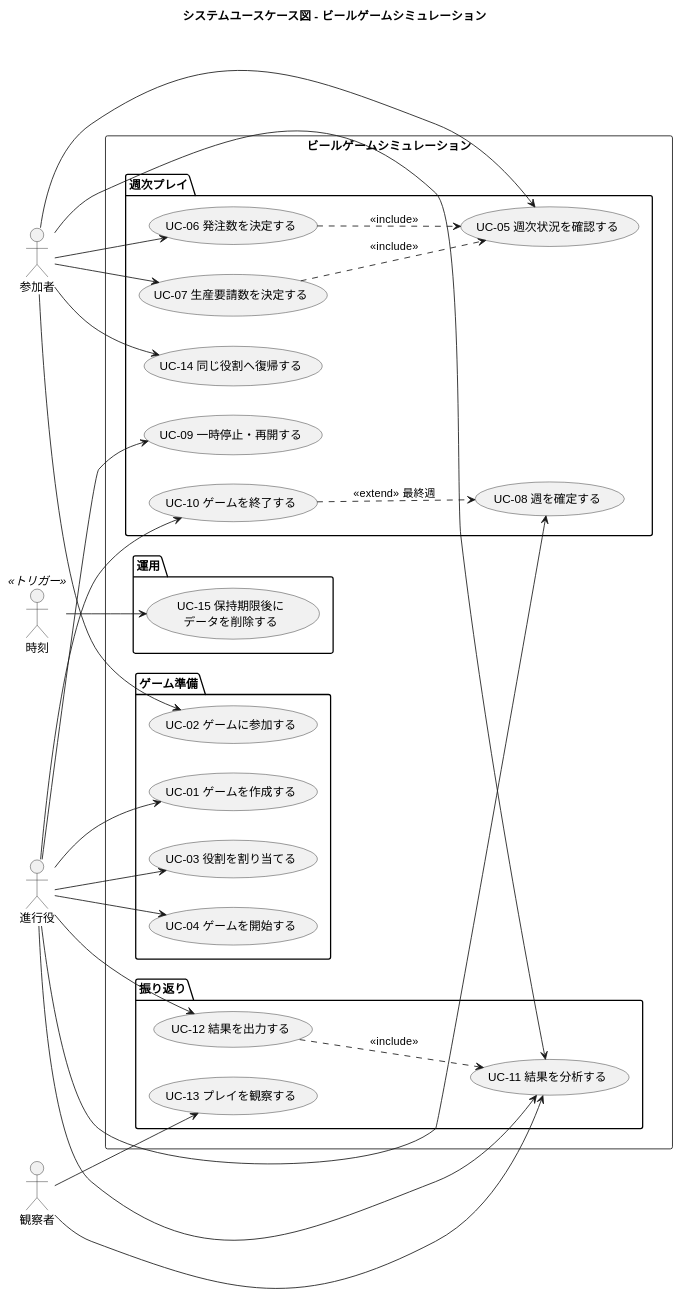
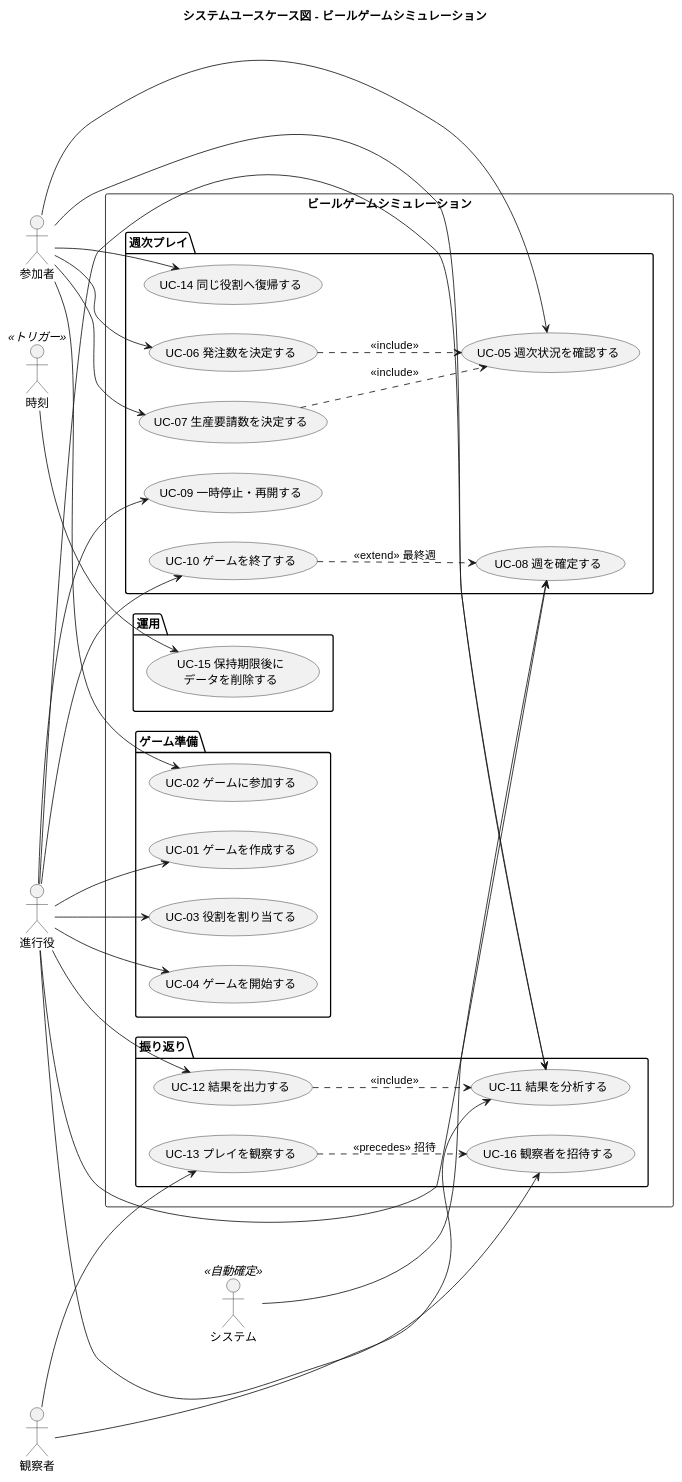
Before and after one commit to k2works/case-study-beer-game-simulation: the diagram in docs/requirements/beer-game2/system_usecase.md, drawn with PlantUML. The commit also changed other lines of this file and 4 other files, not shown here.

````diff
--- a/docs/requirements/beer-game2/system_usecase.md
+++ b/docs/requirements/beer-game2/system_usecase.md
@@ -36,60 +34,65 @@
 ```plantuml
 @startuml
 title システムユースケース図 - ビールゲームシミュレーション
 left to right direction
 
 actor 進行役 as facilitator
 actor 参加者 as player
 actor 観察者 as observer
 actor 時刻 as timer <<トリガー>>
+actor システム as sys <<自動確定>>
 
 rectangle "ビールゲームシミュレーション" {
   package "ゲーム準備" {
     usecase "UC-01 ゲームを作成する" as UC01
     usecase "UC-02 ゲームに参加する" as UC02
     usecase "UC-03 役割を割り当てる" as UC03
     usecase "UC-04 ゲームを開始する" as UC04
   }
   package "週次プレイ" {
     usecase "UC-05 週次状況を確認する" as UC05
     usecase "UC-06 発注数を決定する" as UC06
     usecase "UC-07 生産要請数を決定する" as UC07
     usecase "UC-08 週を確定する" as UC08
     usecase "UC-09 一時停止・再開する" as UC09
     usecase "UC-10 ゲームを終了する" as UC10
     usecase "UC-14 同じ役割へ復帰する" as UC14
   }
   package "振り返り" {
+    usecase "UC-16 観察者を招待する" as UC16
     usecase "UC-13 プレイを観察する" as UC13
     usecase "UC-11 結果を分析する" as UC11
     usecase "UC-12 結果を出力する" as UC12
   }
   package "運用" {
     usecase "UC-15 保持期限後に\nデータを削除する" as UC15
   }
 }
 
 facilitator --> UC01
 facilitator --> UC03
 facilitator --> UC04
 facilitator --> UC08
 facilitator --> UC09
 facilitator --> UC10
 facilitator --> UC11
 facilitator --> UC12
+facilitator --> UC16
+sys --> UC08
 player --> UC02
 player --> UC05
 player --> UC06
 player --> UC07
 player --> UC11
 player --> UC14
 observer --> UC13
 observer --> UC11
 timer --> UC15
 
 UC06 ..> UC05 : <<include>>
 UC07 ..> UC05 : <<include>>
 UC12 ..> UC11 : <<include>>
+UC13 ..> UC16 : <<precedes>> 招待
 UC10 ..> UC08 : <<extend>> 最終週
 @enduml
 ```
````
